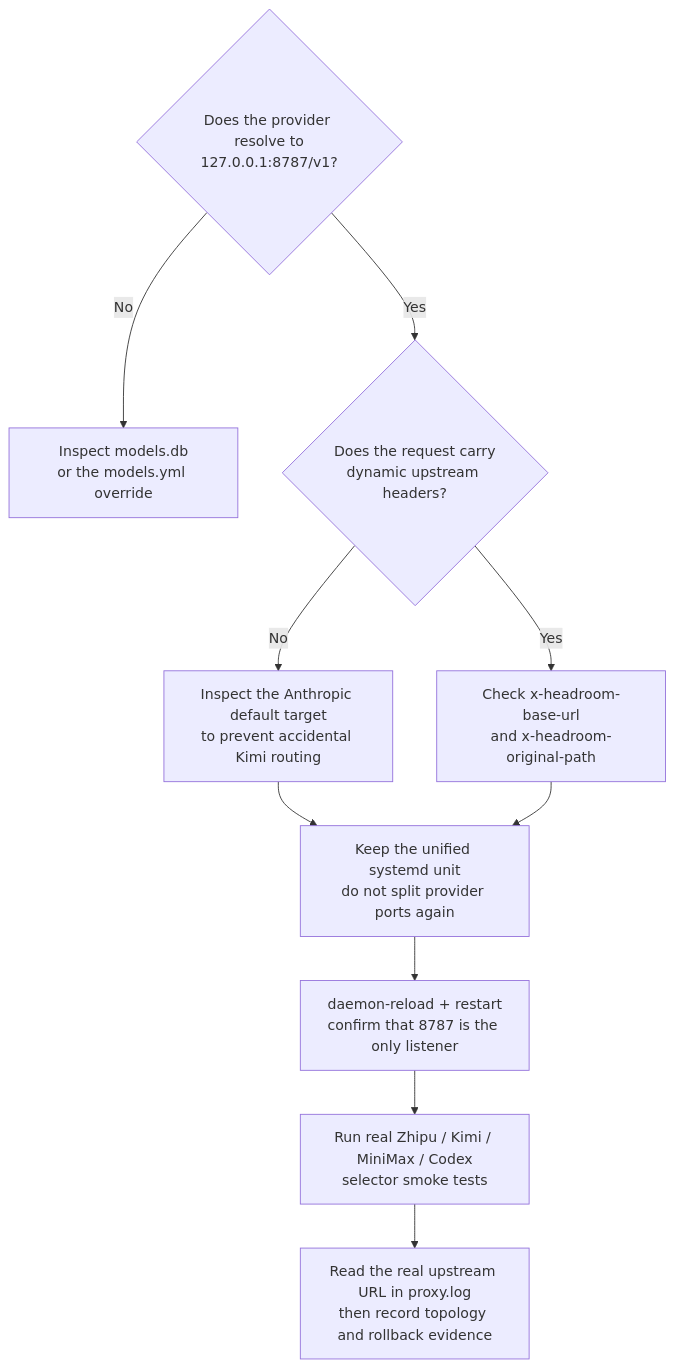
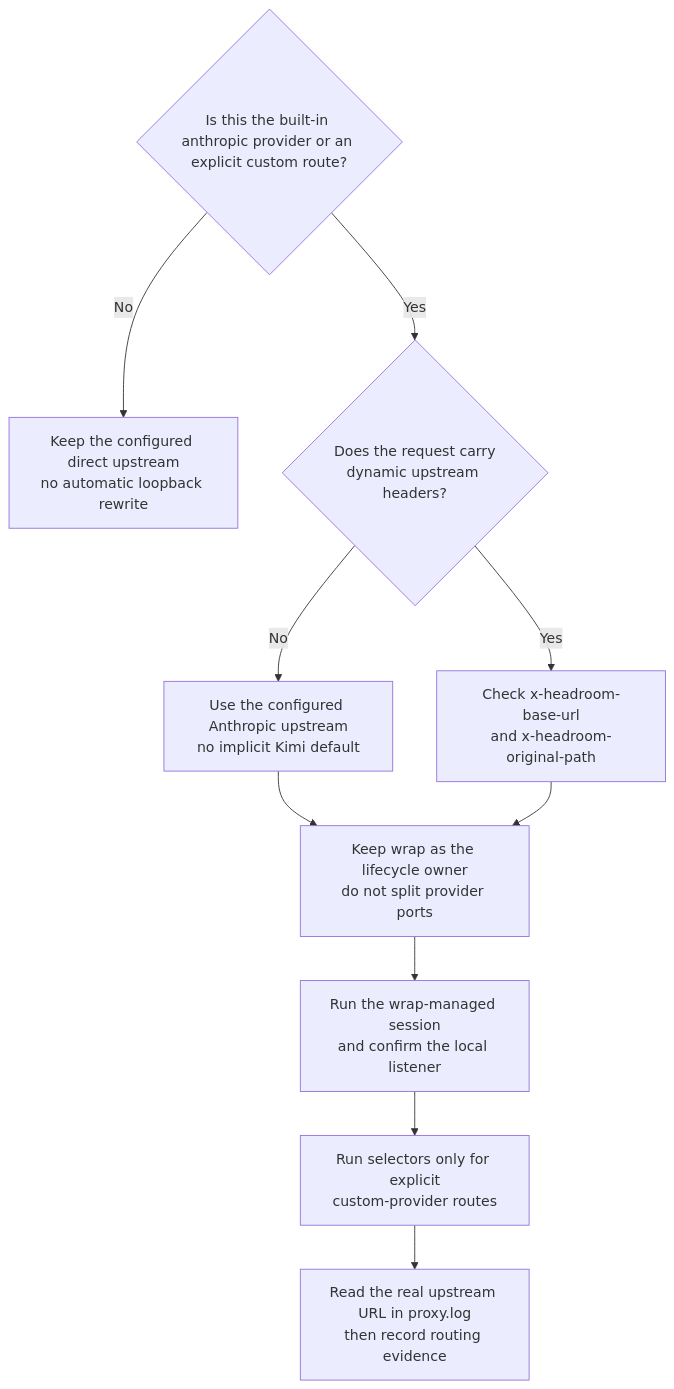
Before and after one commit to DavidHLP/DavidHLP.github.io: the third of 6 diagrams in src/content/note/en/omp-config-and-rules-guide.md, drawn with Mermaid. The commit also changed other lines of this file and 8 other files, not shown here.

First line of the commit message:
docs(note): reframe headroom/omp guides around official wrap-only path

````diff
--- a/src/content/note/en/omp-config-and-rules-guide.md
+++ b/src/content/note/en/omp-config-and-rules-guide.md
@@ -297,13 +318,13 @@
 ```mermaid
 flowchart TD
-  Q1{"Does the provider resolve to<br/>127.0.0.1:8787/v1?"}
-  Q1 -- No --> T1["Inspect models.db<br/>or the models.yml override"]
+  Q1{"Is this the built-in anthropic provider or an explicit custom route?"}
+  Q1 -- No --> T1["Keep the configured direct upstream<br/>no automatic loopback rewrite"]
   Q1 -- Yes --> Q2{"Does the request carry<br/>dynamic upstream headers?"}
-  Q2 -- No --> D1["Inspect the Anthropic default target<br/>to prevent accidental Kimi routing"]
+  Q2 -- No --> D1["Use the configured Anthropic upstream<br/>no implicit Kimi default"]
   Q2 -- Yes --> P1["Check x-headroom-base-url<br/>and x-headroom-original-path"]
-  D1 --> P2["Keep the unified systemd unit<br/>do not split provider ports again"]
+  D1 --> P2["Keep wrap as the lifecycle owner<br/>do not split provider ports"]
   P1 --> P2
-  P2 --> P3["daemon-reload + restart<br/>confirm that 8787 is the only listener"]
-  P3 --> P4["Run real Zhipu / Kimi / MiniMax / Codex<br/>selector smoke tests"]
-  P4 --> P5["Read the real upstream URL in proxy.log<br/>then record topology and rollback evidence"]
+  P2 --> P3["Run the wrap-managed session<br/>and confirm the local listener"]
+  P3 --> P4["Run selectors only for explicit<br/>custom-provider routes"]
+  P4 --> P5["Read the real upstream URL in proxy.log<br/>then record routing evidence"]
 ```
````
